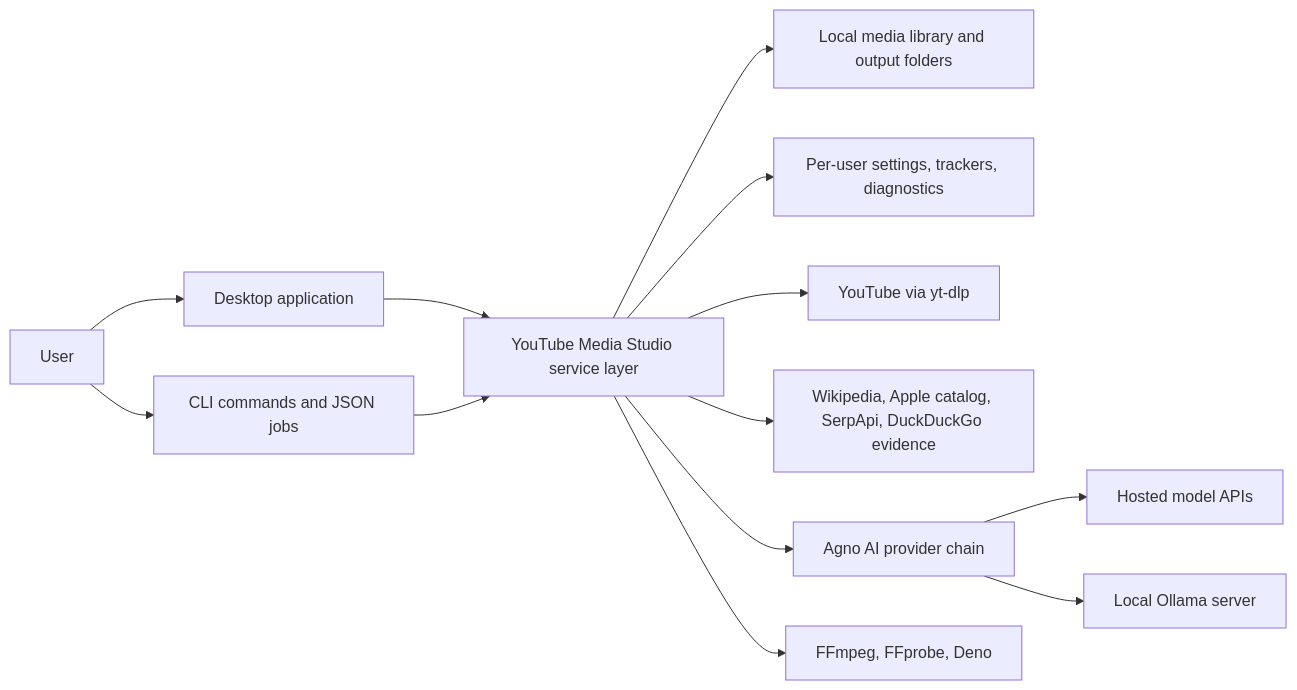
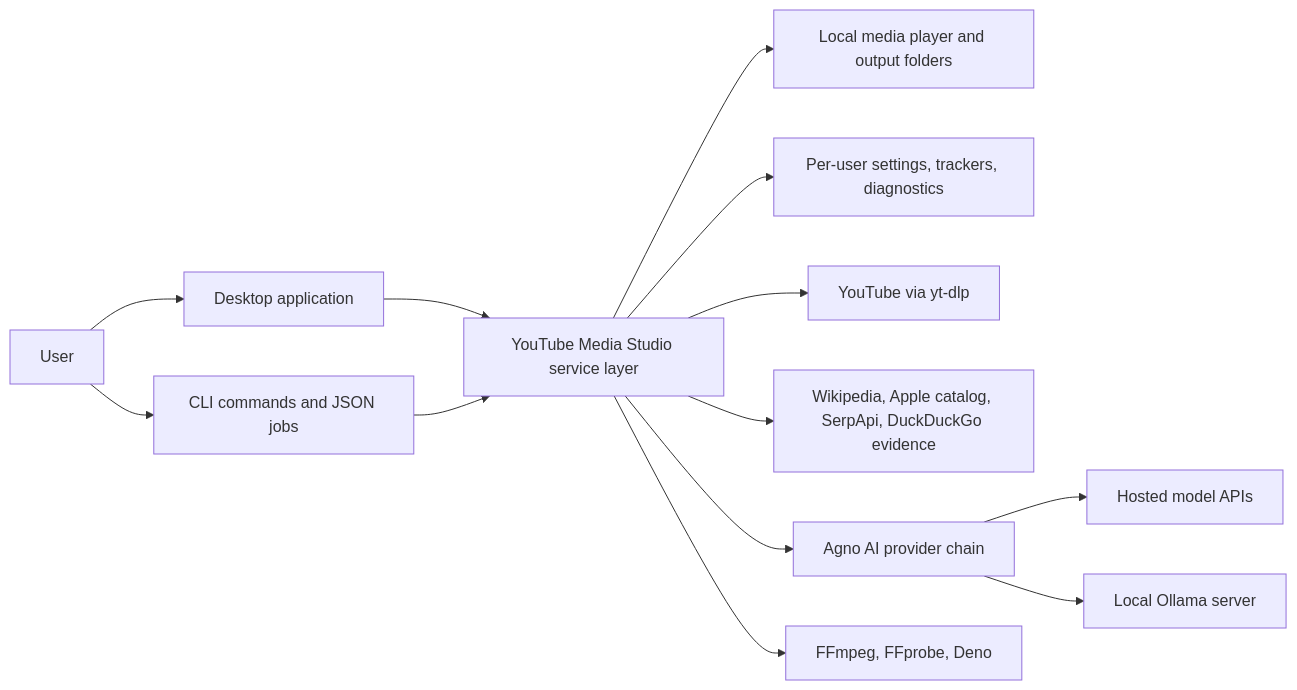
One commit to DhimanGhosh/YouTube_Media_Studio changed the first of 6 diagrams in docs/HIGH_LEVEL_DESIGN.md. Above: the diagram before and after it, drawn with Mermaid. The commit also changed other lines of this file and 15 other files, not shown here.

````diff
--- a/docs/HIGH_LEVEL_DESIGN.md
+++ b/docs/HIGH_LEVEL_DESIGN.md
@@ -13,18 +13,18 @@
 ```mermaid
 flowchart LR
     User["User"] --> Desktop["Desktop application"]
     User --> CLI["CLI commands and JSON jobs"]
 
     Desktop --> Core["YouTube Media Studio service layer"]
     CLI --> Core
 
-    Core --> LocalMedia["Local media library and output folders"]
+    Core --> LocalMedia["Local media player and output folders"]
     Core --> Settings["Per-user settings, trackers, diagnostics"]
     Core --> YouTube["YouTube via yt-dlp"]
     Core --> Catalogs["Wikipedia, Apple catalog, SerpApi, DuckDuckGo evidence"]
     Core --> Providers["Agno AI provider chain"]
     Core --> Tools["FFmpeg, FFprobe, Deno"]
 
     Providers --> Hosted["Hosted model APIs"]
     Providers --> Ollama["Local Ollama server"]
 ```
````
